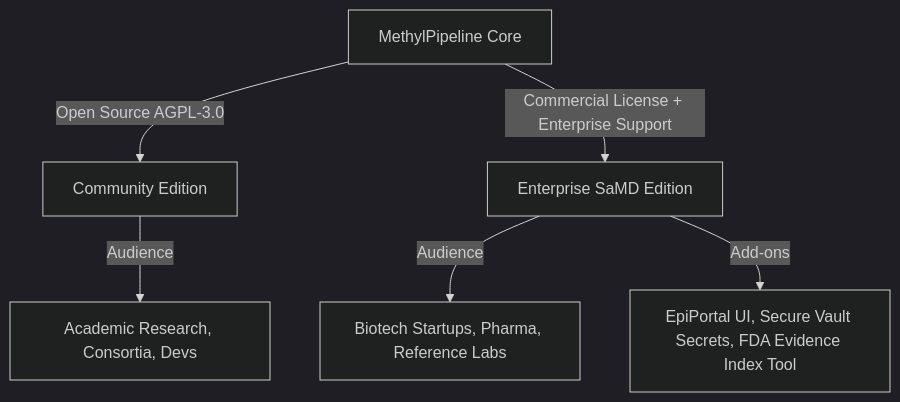
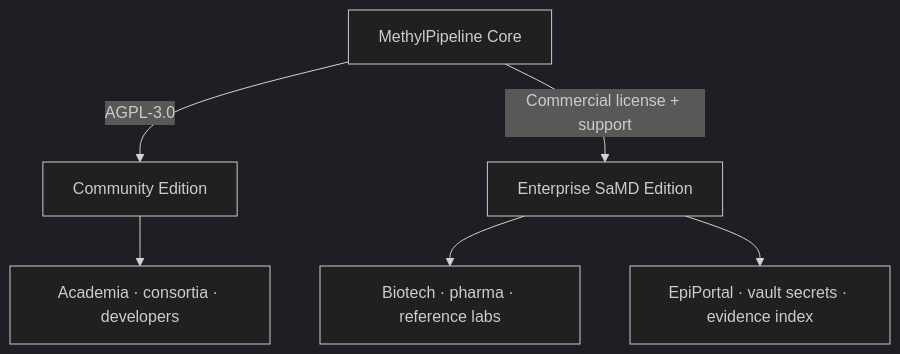
The ninth of 10 diagrams in docs/presentations/regulatory-ready-platform-multiomics.md (Goliath-Research/GoliathWorkflow), drawn with Mermaid (dark theme) before and after one commit. The commit also changed other lines of this file and 7 other files, not shown here.

````diff
--- a/docs/presentations/regulatory-ready-platform-multiomics.md
+++ b/docs/presentations/regulatory-ready-platform-multiomics.md
@@ -70,8 +318,8 @@
 ```mermaid
 graph TD
-    A[MethylPipeline Core] -->|Open Source AGPL-3.0| B[Community Edition]
-    A -->|Commercial License + Enterprise Support| C[Enterprise SaMD Edition]
-    B -->|Audience| D[Academic Research, Consortia, Devs]
-    C -->|Audience| E[Biotech Startups, Pharma, Reference Labs]
-    C -->|Add-ons| F[EpiPortal UI, Secure Vault Secrets, FDA Evidence Index Tool]
+    A[MethylPipeline Core] -->|AGPL-3.0| B[Community Edition]
+    A -->|Commercial license + support| C[Enterprise SaMD Edition]
+    B --> D[Academia · consortia · developers]
+    C --> E[Biotech · pharma · reference labs]
+    C --> F[EpiPortal · vault secrets · evidence index]
 ```
````
